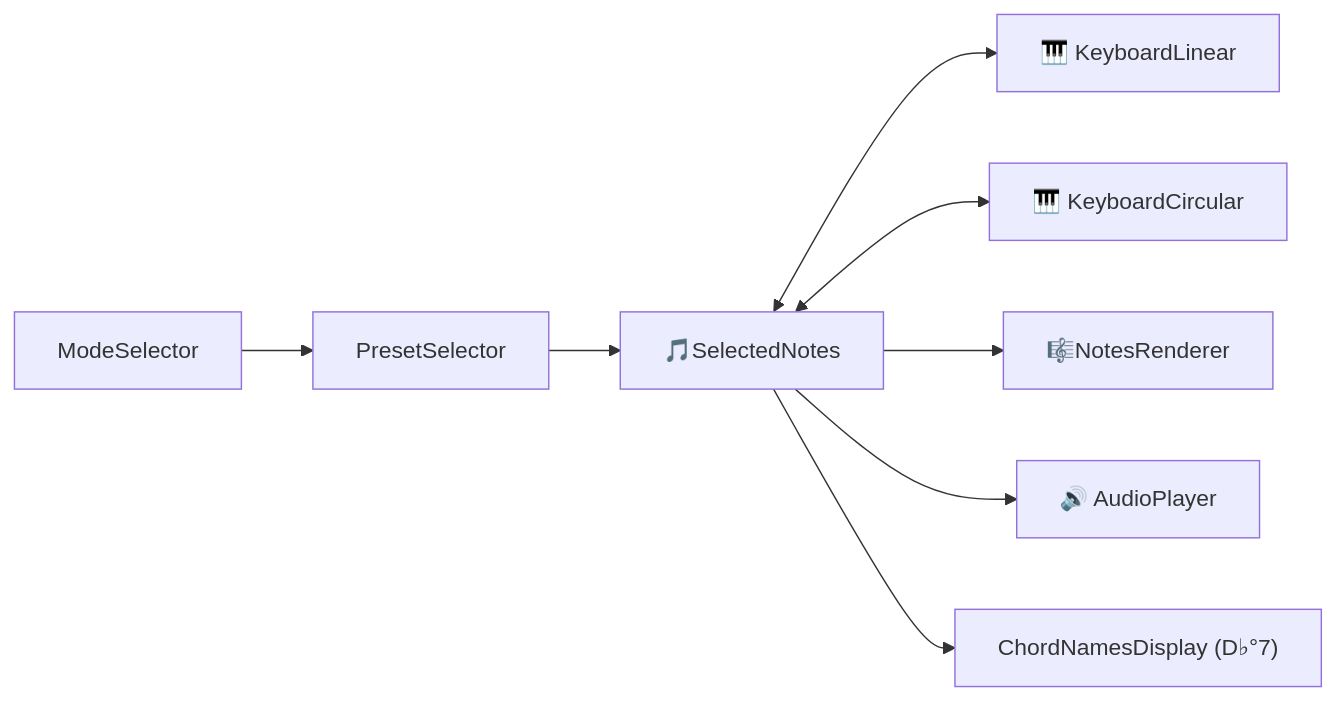
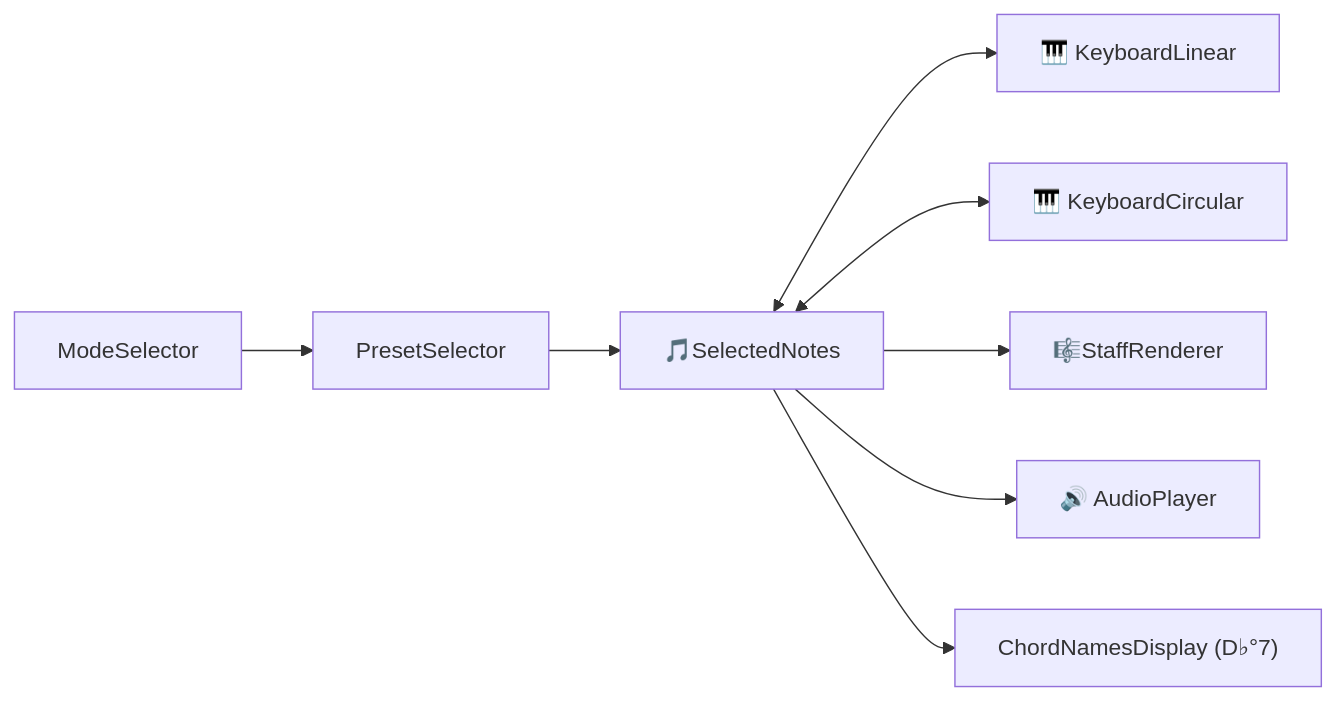
Before and after one commit to alekslovestech/chromatic-circle: the diagram in docs/Components.mmd, drawn with Mermaid. The commit also changed 3 other files, not shown here.

Commit message:
NotesRenderer => StaffRenderer

```diff
--- a/docs/Components.mmd
+++ b/docs/Components.mmd
@@ -1,21 +1,21 @@
 flowchart LR
 
 direction TB
 SN["🎵SelectedNotes"]
 
-NR["🎼NotesRenderer"]
+NR["🎼StaffRenderer"]
 
 KL["🎹 KeyboardLinear"]
 KC["🎹 KeyboardCircular"]
 AP["🔊 AudioPlayer"]
 CND["ChordNamesDisplay (D♭°7)"]
 MS["ModeSelector"]
 PS["PresetSelector"]
 
 SN <--> KL 
 SN <--> KC
 SN --> NR 
 SN --> AP
 SN --> CND
 MS --> PS
 PS --> SN
```
